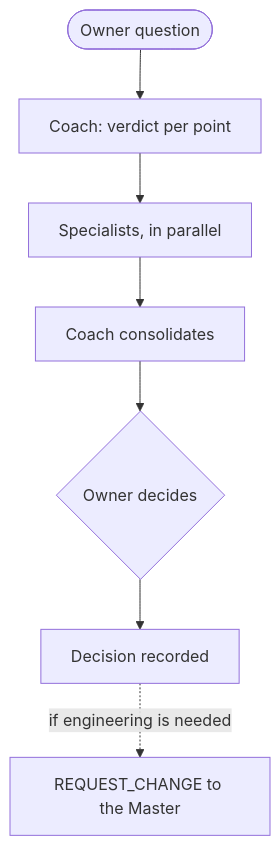
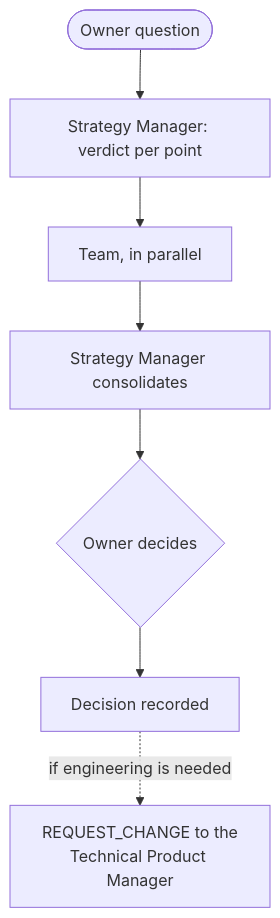
One commit to Gelpy/gelpy changed the diagram in docs/framework/business-coach.md. Above: the diagram before and after it, drawn with Mermaid. The commit also changed other lines of this file and 14 other files, not shown here.

````diff
--- a/docs/framework/business-coach.md
+++ b/docs/framework/business-coach.md
@@ -47,9 +53,9 @@
 ```mermaid
 flowchart TB
-  question([Owner question]) --> verdict[Coach: verdict per point]
-  verdict --> specialists[Specialists, in parallel]
-  specialists --> consolidate[Coach consolidates]
+  question([Owner question]) --> verdict[Strategy Manager: verdict per point]
+  verdict --> specialists[Team, in parallel]
+  specialists --> consolidate[Strategy Manager consolidates]
   consolidate --> decide{Owner decides}
   decide --> record[Decision recorded]
-  record -.->|if engineering is needed| change[REQUEST_CHANGE to the Master]
+  record -.->|if engineering is needed| change[REQUEST_CHANGE to the<br/>Technical Product Manager]
 ```
````
